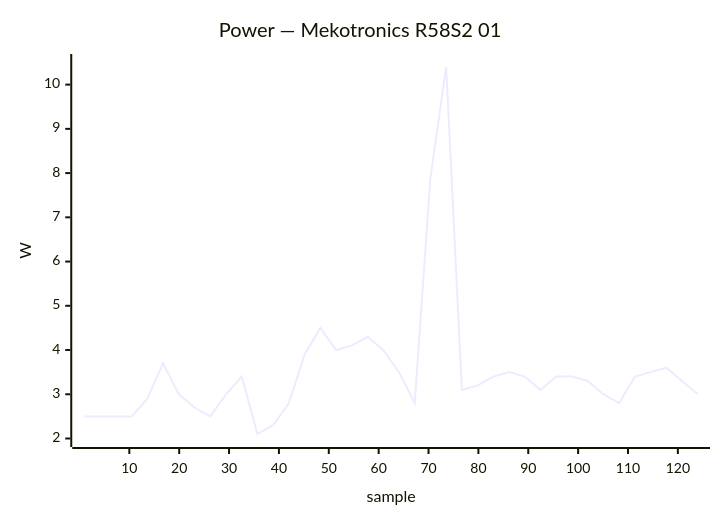
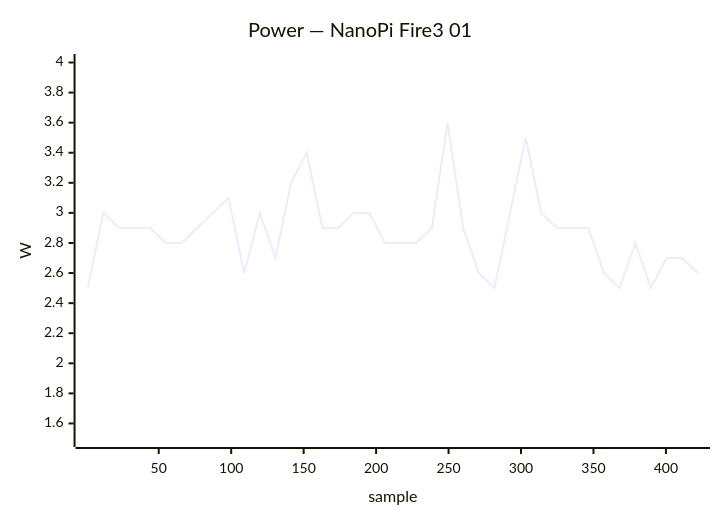
One commit to armbian/documentation changed diagram 21 of 40 in docs/status/board-tests.md. Above: the diagram before and after it, drawn with Mermaid. The commit also changed other lines of this file, not shown here.

````diff
--- a/docs/status/board-tests.md
+++ b/docs/status/board-tests.md
@@ -708,7 +965,7 @@
 ```mermaid
 xychart-beta
-    title "Power — Mekotronics R58S2 01"
-    x-axis "sample" 1 --> 124
-    y-axis "W" 2.0 --> 10.5
-    line [2.5, 2.5, 2.5, 2.5, 2.9, 3.7, 3.0, 2.7, 2.5, 3.0, 3.4, 2.1, 2.3, 2.8, 3.9, 4.5, 4.0, 4.1, 4.3, 4.0, 3.5, 2.8, 7.9, 10.4, 3.1, 3.2, 3.4, 3.5, 3.4, 3.1, 3.4, 3.4, 3.3, 3.0, 2.8, 3.4, 3.5, 3.6, 3.3, 3.0]
+    title "Power — NanoPi Fire3 01"
+    x-axis "sample" 1 --> 422
+    y-axis "W" 1.5 --> 4.0
+    line [2.5, 3.0, 2.9, 2.9, 2.9, 2.8, 2.8, 2.9, 3.0, 3.1, 2.6, 3.0, 2.7, 3.2, 3.4, 2.9, 2.9, 3.0, 3.0, 2.8, 2.8, 2.8, 2.9, 3.6, 2.9, 2.6, 2.5, 3.0, 3.5, 3.0, 2.9, 2.9, 2.9, 2.6, 2.5, 2.8, 2.5, 2.7, 2.7, 2.6]
 ```
````
